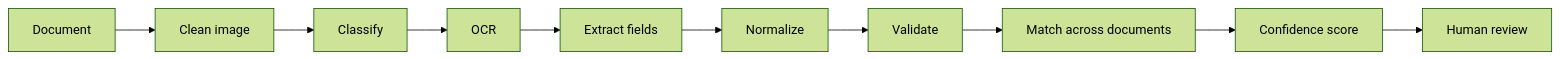
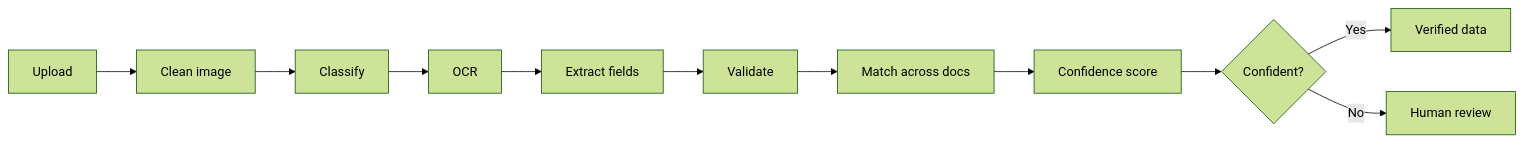
Before and after one commit to CodeBy-Divya/AAROHAN--AI-Powered-Scholarship-Fellowship-Platform-: the third of 3 diagrams in README.md, drawn with Mermaid (forest theme). The commit also changed other lines of this file, not shown here.

````diff
--- a/README.md
+++ b/README.md
@@ -248,4 +144,6 @@
 ```mermaid
 flowchart LR
-    A[Document] --> B[Clean image] --> C[Classify] --> D[OCR] --> E[Extract fields] --> F[Normalize] --> G[Validate] --> H[Match across documents] --> I[Confidence score] --> J[Human review]
+    A[Upload] --> B[Clean image] --> C[Classify] --> D[OCR] --> E[Extract fields] --> F[Validate] --> G[Match across docs] --> H[Confidence score] --> I{Confident?}
+    I -- Yes --> J[Verified data]
+    I -- No --> K[Human review]
 ```
````
